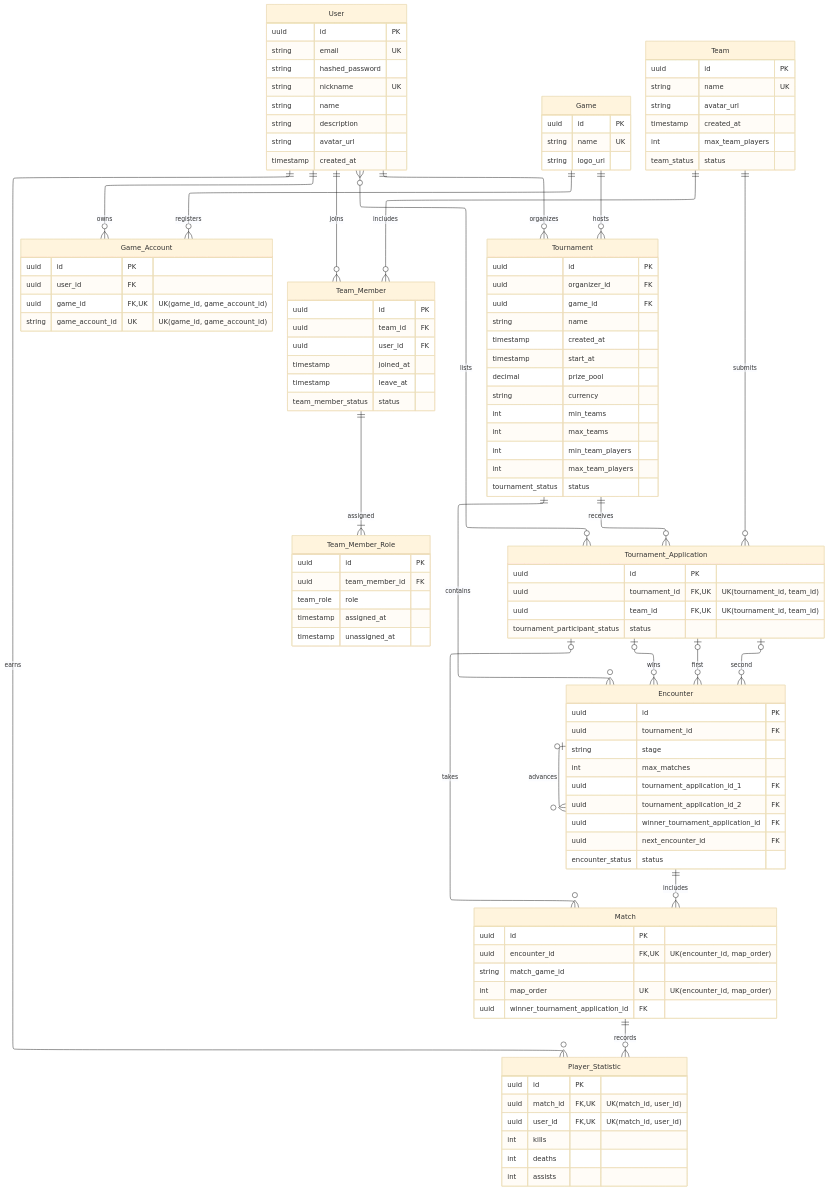
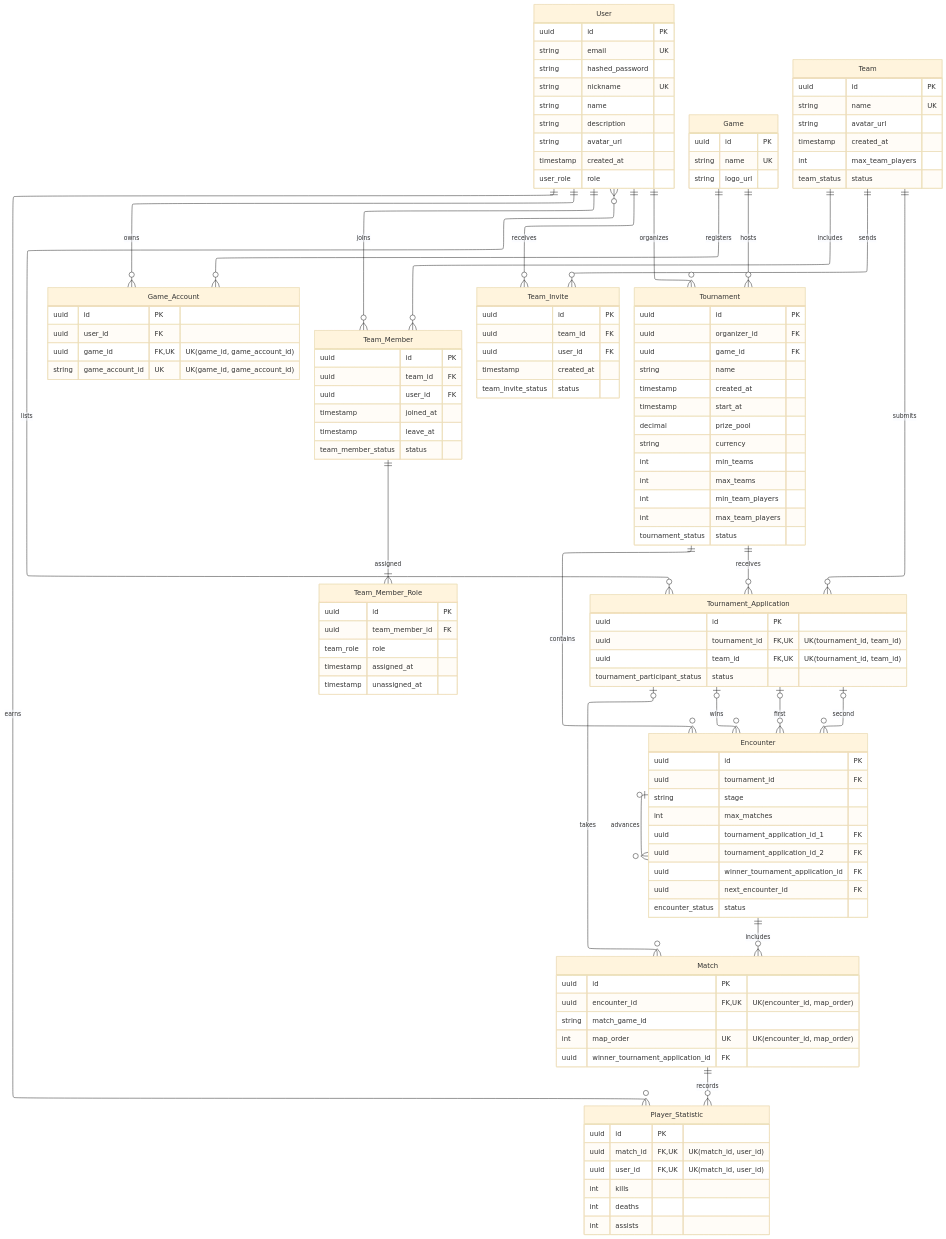
One commit to EgorBarabash/kpi2 changed the diagram in lab1/artifact/artifact.mmd. Above: the diagram before and after it, drawn with Mermaid (base theme). The commit also changed 2 other files, not shown here.

Commit message:
Prompt1: ERD regenerated

```diff
--- a/lab1/artifact/artifact.mmd
+++ b/lab1/artifact/artifact.mmd
@@ -1,128 +1,139 @@
 ---
 config:
   layout: elk
   er:
     layoutDirection: TB
 ---
 erDiagram
     User {
         uuid id PK
         string email UK
         string hashed_password
         string nickname UK
         string name
         string description
         string avatar_url
         timestamp created_at
+        user_role role
     }
 
     Game {
         uuid id PK
         string name UK
         string logo_url
     }
 
     Game_Account {
         uuid id PK
         uuid user_id FK
         uuid game_id FK, UK "UK(game_id, game_account_id)"
         string game_account_id UK "UK(game_id, game_account_id)"
     }
 
     Team {
         uuid id PK
         string name UK
         string avatar_url
         timestamp created_at
         int max_team_players
         team_status status
     }
 
     Team_Member {
         uuid id PK
         uuid team_id FK
         uuid user_id FK
         timestamp joined_at
         timestamp leave_at
         team_member_status status
     }
 
     Team_Member_Role {
         uuid id PK
         uuid team_member_id FK
         team_role role
         timestamp assigned_at
         timestamp unassigned_at
+    }
+
+    Team_Invite {
+        uuid id PK
+        uuid team_id FK
+        uuid user_id FK
+        timestamp created_at
+        team_invite_status status
     }
 
     Tournament {
         uuid id PK
         uuid organizer_id FK
         uuid game_id FK
         string name
         timestamp created_at
         timestamp start_at
         decimal prize_pool
         string currency
         int min_teams
         int max_teams
         int min_team_players
         int max_team_players
         tournament_status status
     }
 
     Tournament_Application {
         uuid id PK
         uuid tournament_id FK, UK "UK(tournament_id, team_id)"
         uuid team_id FK, UK "UK(tournament_id, team_id)"
         tournament_participant_status status
     }
 
     Encounter {
         uuid id PK
         uuid tournament_id FK
         string stage
         int max_matches
         uuid tournament_application_id_1 FK
         uuid tournament_application_id_2 FK
         uuid winner_tournament_application_id FK
         uuid next_encounter_id FK
         encounter_status status
     }
 
     Match {
         uuid id PK
         uuid encounter_id FK, UK "UK(encounter_id, map_order)"
         string match_game_id
         int map_order UK "UK(encounter_id, map_order)"
         uuid winner_tournament_application_id FK
     }
 
     Player_Statistic {
         uuid id PK
         uuid match_id FK, UK "UK(match_id, user_id)"
         uuid user_id FK, UK "UK(match_id, user_id)"
         int kills
         int deaths
         int assists
     }
 
     User ||--o{ Team_Member : joins
     Team ||--o{ Team_Member : includes
     Team_Member ||--|{ Team_Member_Role : assigned
+    Team ||--o{ Team_Invite : sends
+    User ||--o{ Team_Invite : receives
     User ||--o{ Tournament : organizes
     Game ||--o{ Tournament : hosts
     User ||--o{ Game_Account : owns
     Game ||--o{ Game_Account : registers
     Team ||--o{ Tournament_Application : submits
     Tournament ||--o{ Tournament_Application : receives
     Tournament_Application }o--o{ User : lists
     Tournament ||--o{ Encounter : contains
     Tournament_Application |o--o{ Encounter : first
     Tournament_Application |o--o{ Encounter : second
     Tournament_Application |o--o{ Encounter : wins
     Encounter |o--o{ Encounter : advances
     Encounter ||--o{ Match : includes
     Tournament_Application |o--o{ Match : takes
     Match ||--o{ Player_Statistic : records
     User ||--o{ Player_Statistic : earns
```
